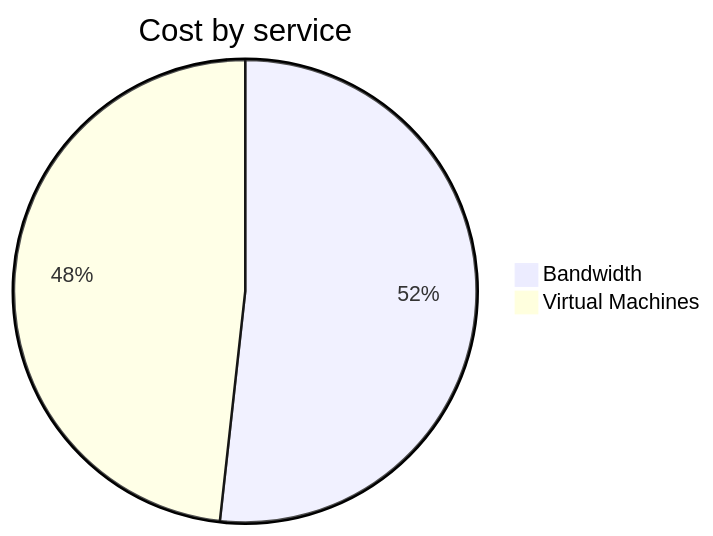
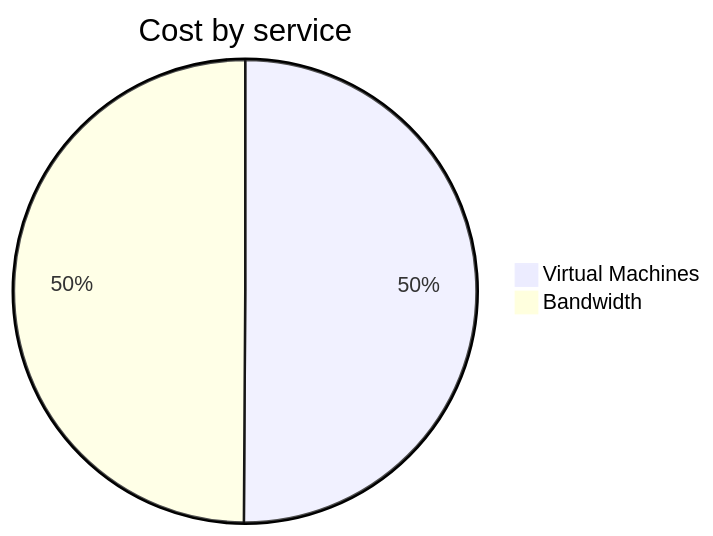
The second of 4 diagrams in cost-reports/personal-network/vpn-server.md (jpfulton/azure-personal-reports), drawn with Mermaid before and after one commit. The commit also changed other lines of this file and 8 other files, not shown here.

````diff
--- a/cost-reports/personal-network/vpn-server.md
+++ b/cost-reports/personal-network/vpn-server.md
@@ -94,6 +94,6 @@
 ```mermaid
 pie
    title Cost by service
+   "Virtual Machines" : 2.67
    "Bandwidth" : 2.66
-   "Virtual Machines" : 2.48
 ```
````
